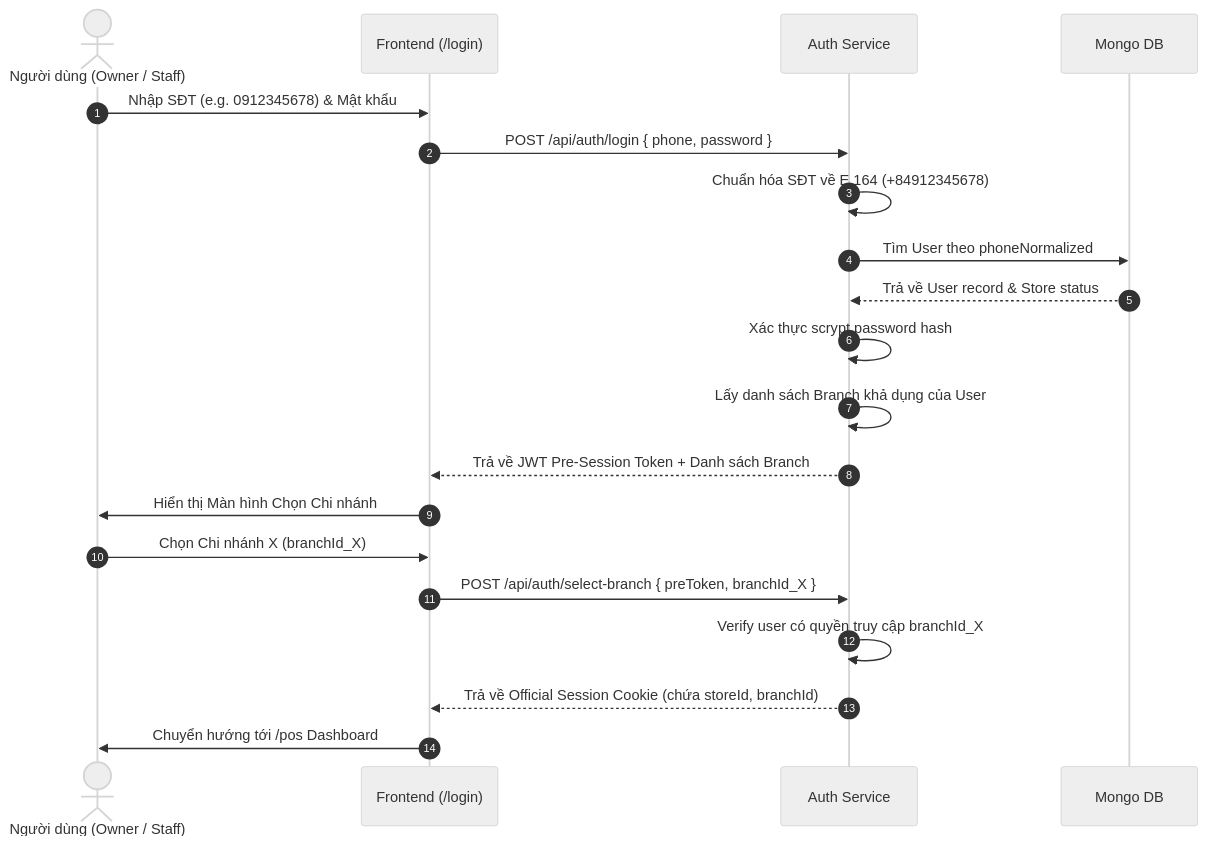
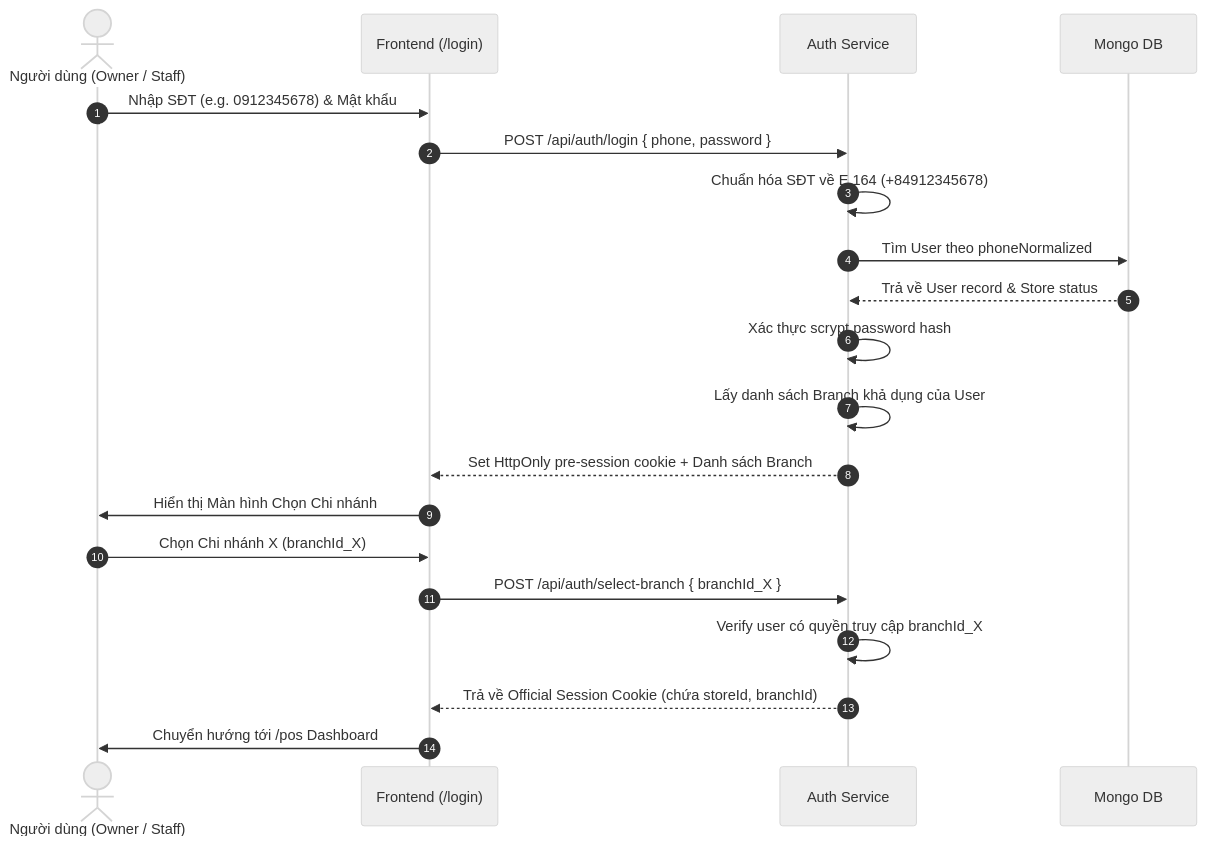
The diagram in docs/architecture/authentication.md (Ninh-Duong/food-order-bridge), drawn with Mermaid (neutral theme) before and after one commit. The commit also changed other lines of this file and 39 other files, not shown here.

````diff
--- a/docs/architecture/authentication.md
+++ b/docs/architecture/authentication.md
@@ -7,23 +7,23 @@
 ```mermaid
 sequenceDiagram
     autonumber
     actor Merchant as Người dùng (Owner / Staff)
     participant Front as Frontend (/login)
     participant AuthAPI as Auth Service
     participant DB as Mongo DB
 
     Merchant->>Front: Nhập SĐT (e.g. 0912345678) & Mật khẩu
     Front->>AuthAPI: POST /api/auth/login { phone, password }
     AuthAPI->>AuthAPI: Chuẩn hóa SĐT về E.164 (+84912345678)
     AuthAPI->>DB: Tìm User theo phoneNormalized
     DB-->>AuthAPI: Trả về User record & Store status
     AuthAPI->>AuthAPI: Xác thực scrypt password hash
     AuthAPI->>AuthAPI: Lấy danh sách Branch khả dụng của User
-    AuthAPI-->>Front: Trả về JWT Pre-Session Token + Danh sách Branch
+    AuthAPI-->>Front: Set HttpOnly pre-session cookie + Danh sách Branch
     Front->>Merchant: Hiển thị Màn hình Chọn Chi nhánh
     Merchant->>Front: Chọn Chi nhánh X (branchId_X)
-    Front->>AuthAPI: POST /api/auth/select-branch { preToken, branchId_X }
+    Front->>AuthAPI: POST /api/auth/select-branch { branchId_X }
     AuthAPI->>AuthAPI: Verify user có quyền truy cập branchId_X
     AuthAPI-->>Front: Trả về Official Session Cookie (chứa storeId, branchId)
     Front->>Merchant: Chuyển hướng tới /pos Dashboard
 ```
````
